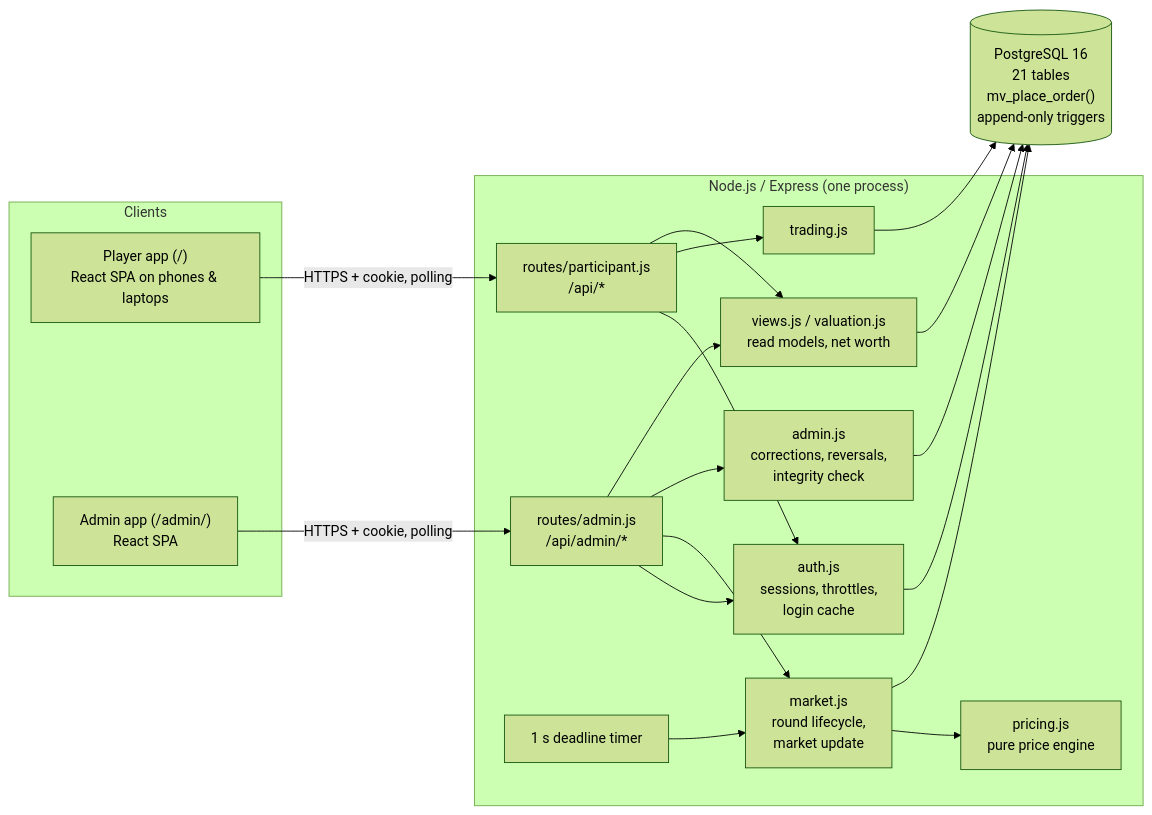
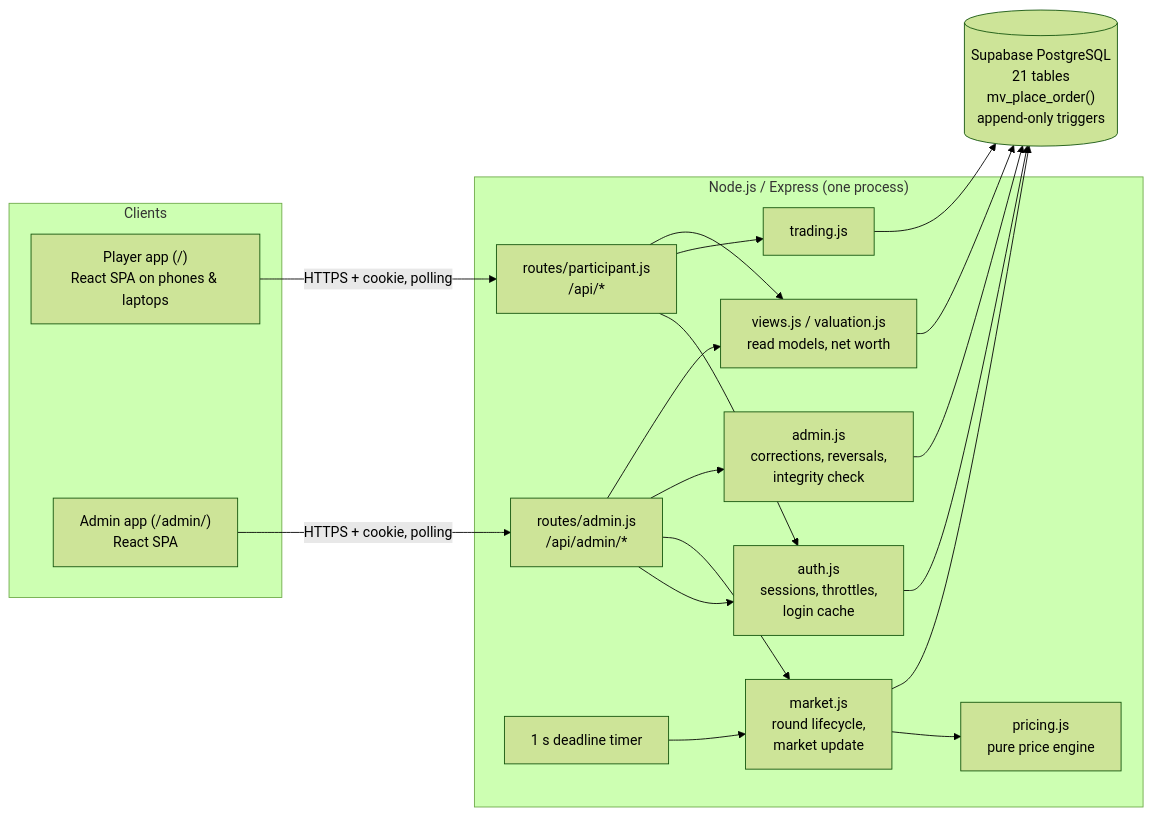
One commit to qfis-iiitdwd/Monopoly_QFIS changed the diagram in README.md. Above: the diagram before and after it, drawn with Mermaid (forest theme). The commit also changed other lines of this file and 23 other files, not shown here.

````diff
--- a/README.md
+++ b/README.md
@@ -56,27 +56,27 @@
 ```mermaid
 flowchart LR
   subgraph Clients
     P["Player app (/)<br/>React SPA on phones & laptops"]
     A["Admin app (/admin/)<br/>React SPA"]
   end
   subgraph Server["Node.js / Express (one process)"]
     R1["routes/participant.js<br/>/api/*"]
     R2["routes/admin.js<br/>/api/admin/*"]
     AU["auth.js<br/>sessions, throttles,<br/>login cache"]
     T["trading.js"]
     M["market.js<br/>round lifecycle,<br/>market update"]
     PR["pricing.js<br/>pure price engine"]
     V["views.js / valuation.js<br/>read models, net worth"]
     AD["admin.js<br/>corrections, reversals,<br/>integrity check"]
     TM["1 s deadline timer"]
   end
-  DB[("PostgreSQL 16<br/>21 tables<br/>mv_place_order()<br/>append-only triggers")]
+  DB[("Supabase PostgreSQL<br/>21 tables<br/>mv_place_order()<br/>append-only triggers")]
   P -- "HTTPS + cookie, polling" --> R1
   A -- "HTTPS + cookie, polling" --> R2
   R1 --> AU & T & V
   R2 --> AU & M & AD & V
   T --> DB
   M --> PR
   M & AD & V & AU --> DB
   TM --> M
 ```
````
